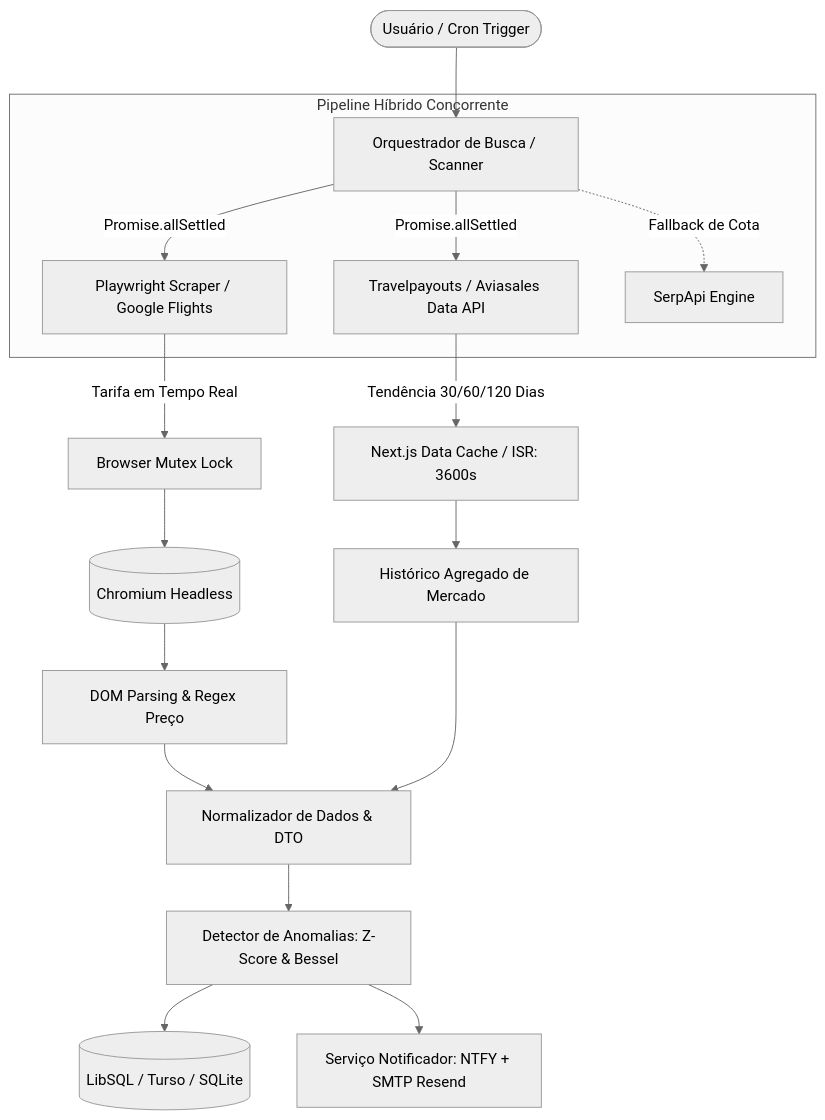
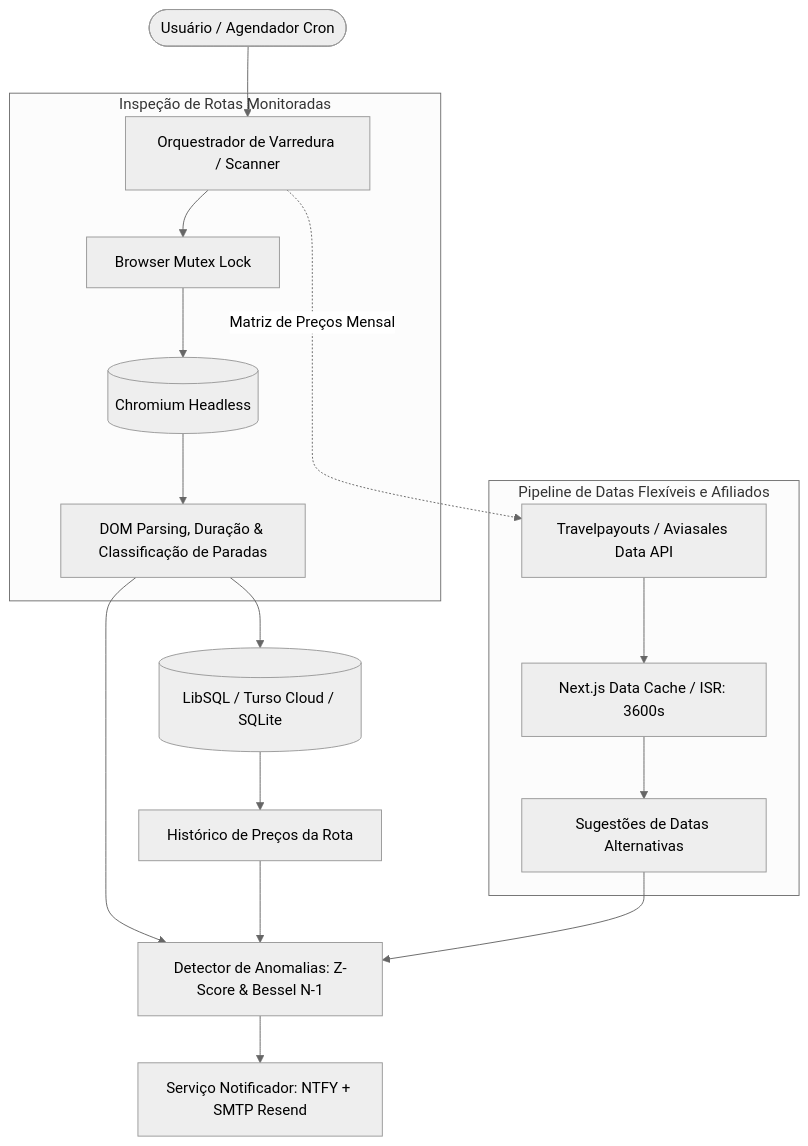
Before and after one commit to gabitomasini/bipfly-app: the first of 3 diagrams in ARCHITECTURE.md, drawn with Mermaid (neutral theme). The commit also changed other lines of this file and 20 other files, not shown here.

Commit message:
feat: integrate statistical anomaly detection engine and multi-channel alerting into flight scanner

````diff
--- a/ARCHITECTURE.md
+++ b/ARCHITECTURE.md
@@ -39,24 +39,25 @@
 ```mermaid
 flowchart TD
-    User([Usuário / Cron Trigger]) --> Orchestrator[Orquestrador de Busca / Scanner]
+    User([Usuário / Agendador Cron]) --> Orchestrator[Orquestrador de Varredura / Scanner]
     
-    subgraph Ingestao_Hibrida [Pipeline Híbrido Concorrente]
-        Orchestrator -->|Promise.allSettled| P1[Playwright Scraper / Google Flights]
-        Orchestrator -->|Promise.allSettled| P2[Travelpayouts / Aviasales Data API]
-        Orchestrator -.->|Fallback de Cota| P3[SerpApi Engine]
+    subgraph Ingestao_Rotas [Inspeção de Rotas Monitoradas]
+        Orchestrator --> Mutex[Browser Mutex Lock]
+        Mutex --> Chromium[(Chromium Headless)]
+        Chromium --> ScrapedData[DOM Parsing, Duração & Classificação de Paradas]
     end
 
-    P1 -->|Tarifa em Tempo Real| Mutex[Browser Mutex Lock]
-    Mutex --> Chromium[(Chromium Headless)]
-    Chromium --> ScrapedData[DOM Parsing & Regex Preço]
+    subgraph Calendario_Flexivel [Pipeline de Datas Flexíveis e Afiliados]
+        Orchestrator -.->|Matriz de Preços Mensal| P2[Travelpayouts / Aviasales Data API]
+        P2 --> NextCache[Next.js Data Cache / ISR: 3600s]
+        NextCache --> AltDates[Sugestões de Datas Alternativas]
+    end
 
-    P2 -->|Tendência 30/60/120 Dias| NextCache[Next.js Data Cache / ISR: 3600s]
-    NextCache --> HistData[Histórico Agregado de Mercado]
-
-    ScrapedData --> Aggregator[Normalizador de Dados & DTO]
-    HistData --> Aggregator
+    ScrapedData --> DB[(LibSQL / Turso Cloud / SQLite)]
+    DB --> RouteHistory[Histórico de Preços da Rota]
     
-    Aggregator --> AnomalyDetector[Detector de Anomalias: Z-Score & Bessel]
-    AnomalyDetector --> DB[(LibSQL / Turso / SQLite)]
+    ScrapedData --> AnomalyDetector[Detector de Anomalias: Z-Score & Bessel N-1]
+    RouteHistory --> AnomalyDetector
+    AltDates --> AnomalyDetector
+    
     AnomalyDetector --> Notifier[Serviço Notificador: NTFY + SMTP Resend]
 ```
````
